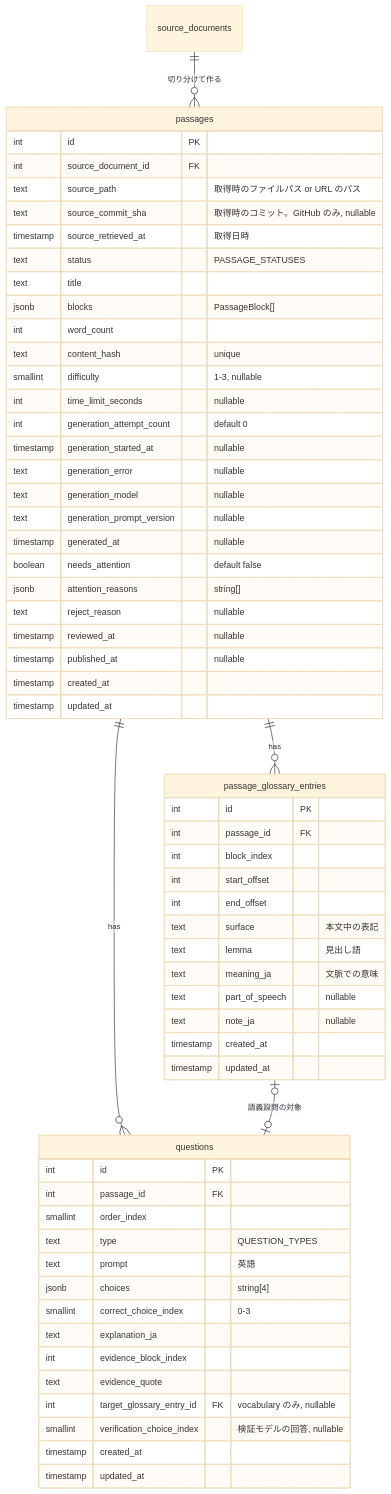
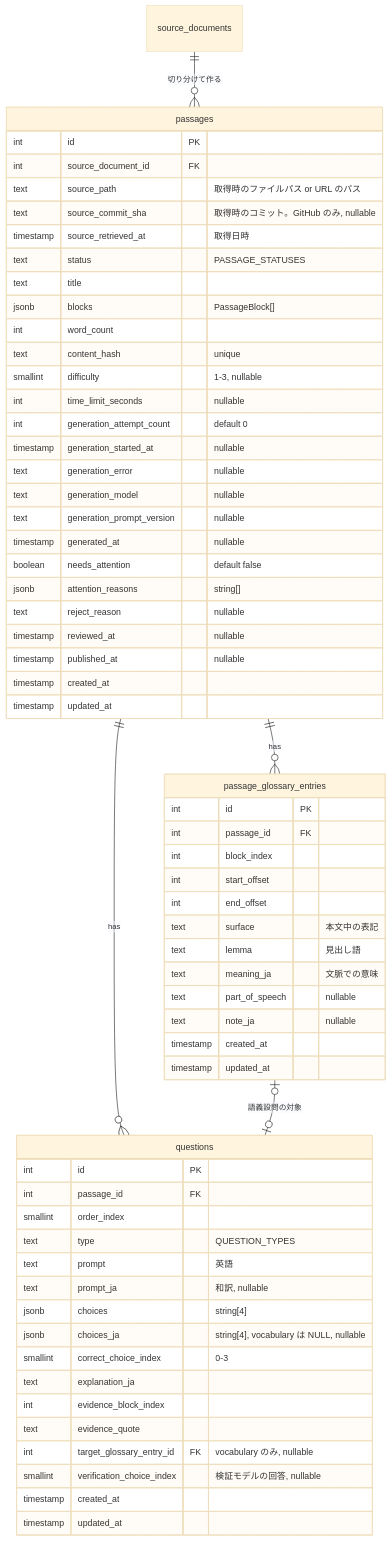
The second of 3 diagrams in docs/spec/question-generation/README.md (kentakki416/tech-english), drawn with Mermaid (base theme) before and after one commit. The commit also changed other lines of this file and 12 other files, not shown here.

````diff
--- a/docs/spec/question-generation/README.md
+++ b/docs/spec/question-generation/README.md
@@ -508,64 +511,66 @@
 ```mermaid
 erDiagram
     source_documents ||--o{ passages : "切り分けて作る"
     passages ||--o{ questions : has
     passages ||--o{ passage_glossary_entries : has
     passage_glossary_entries |o--o| questions : "語義設問の対象"
     passages {
         int id PK
         int source_document_id FK
         text source_path "取得時のファイルパス or URL のパス"
         text source_commit_sha "取得時のコミット。GitHub のみ, nullable"
         timestamp source_retrieved_at "取得日時"
         text status "PASSAGE_STATUSES"
         text title
         jsonb blocks "PassageBlock[]"
         int word_count
         text content_hash "unique"
         smallint difficulty "1-3, nullable"
         int time_limit_seconds "nullable"
         int generation_attempt_count "default 0"
         timestamp generation_started_at "nullable"
         text generation_error "nullable"
         text generation_model "nullable"
         text generation_prompt_version "nullable"
         timestamp generated_at "nullable"
         boolean needs_attention "default false"
         jsonb attention_reasons "string[]"
         text reject_reason "nullable"
         timestamp reviewed_at "nullable"
         timestamp published_at "nullable"
         timestamp created_at
         timestamp updated_at
     }
     questions {
         int id PK
         int passage_id FK
         smallint order_index
         text type "QUESTION_TYPES"
         text prompt "英語"
+        text prompt_ja "和訳, nullable"
         jsonb choices "string[4]"
+        jsonb choices_ja "string[4], vocabulary は NULL, nullable"
         smallint correct_choice_index "0-3"
         text explanation_ja
         int evidence_block_index
         text evidence_quote
         int target_glossary_entry_id FK "vocabulary のみ, nullable"
         smallint verification_choice_index "検証モデルの回答, nullable"
         timestamp created_at
         timestamp updated_at
     }
     passage_glossary_entries {
         int id PK
         int passage_id FK
         int block_index
         int start_offset
         int end_offset
         text surface "本文中の表記"
         text lemma "見出し語"
         text meaning_ja "文脈での意味"
         text part_of_speech "nullable"
         text note_ja "nullable"
         timestamp created_at
         timestamp updated_at
     }
 ```
````
